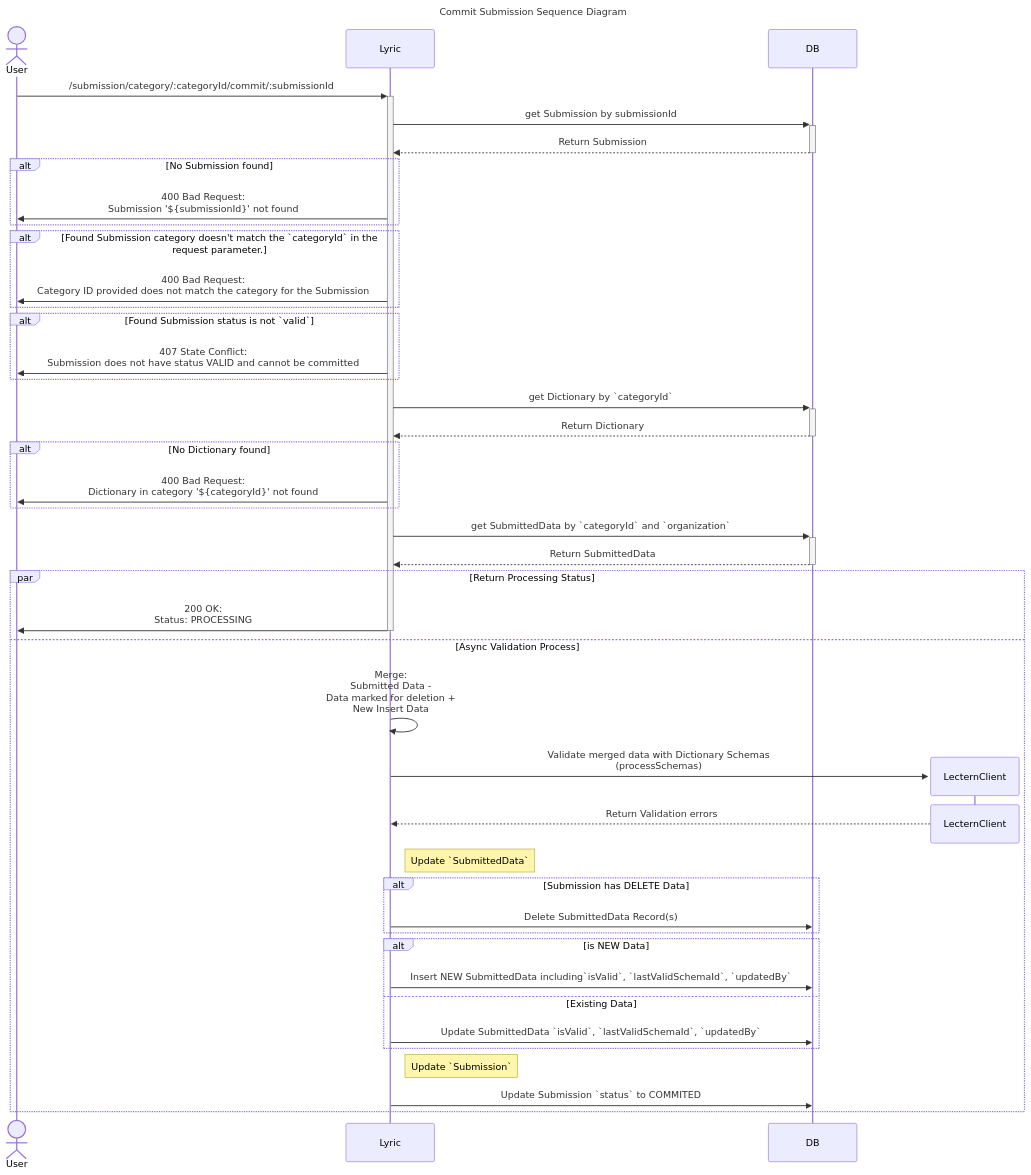
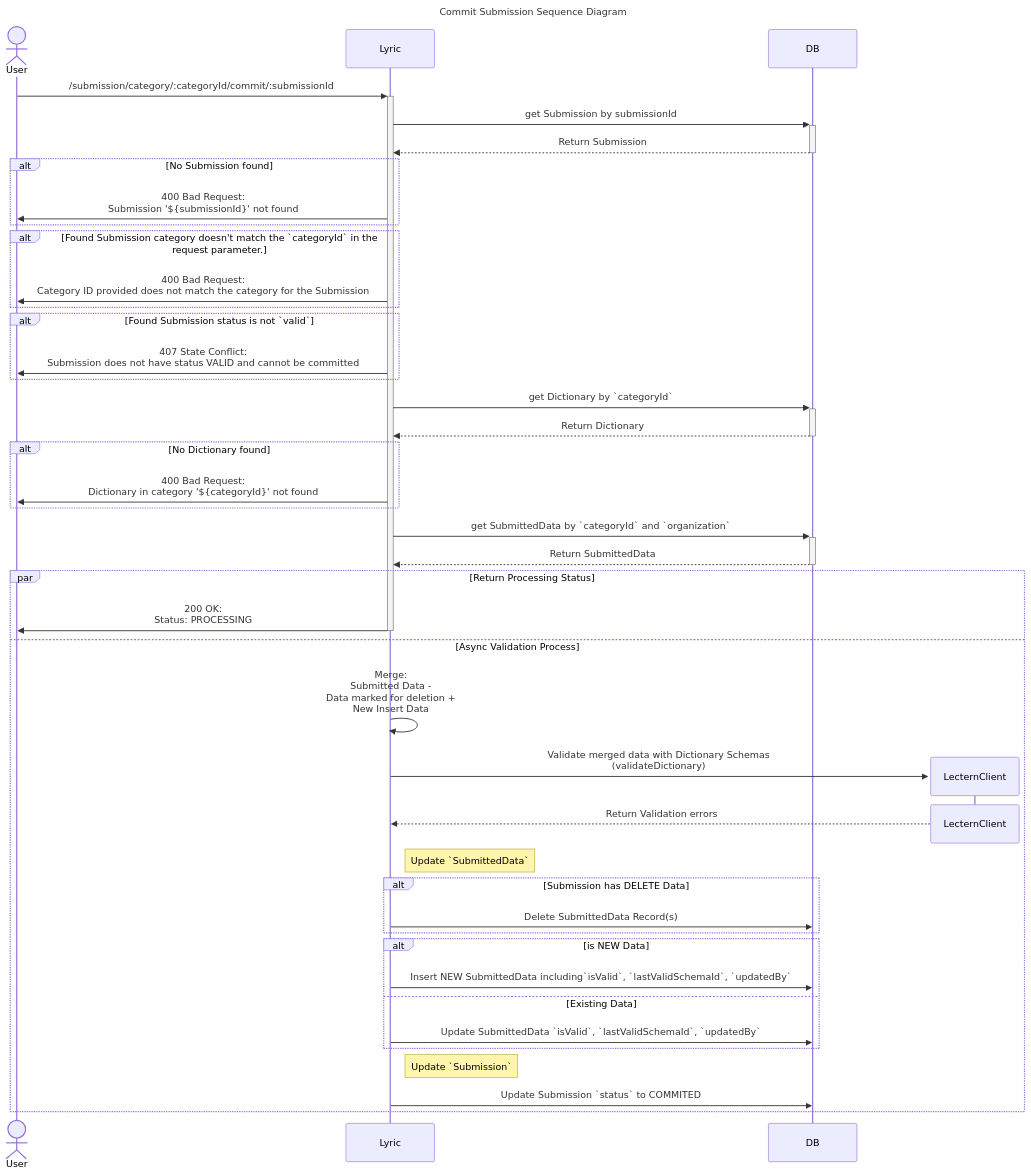
Before and after one commit to overture-stack/lyric: the diagram in packages/data-model/docs/submissionCommit.md, drawn with Mermaid. The commit also changed 23 other files, not shown here.

````diff
--- a/packages/data-model/docs/submissionCommit.md
+++ b/packages/data-model/docs/submissionCommit.md
@@ -1,65 +1,65 @@
 ```mermaid
 ---
 title: Commit Submission Sequence Diagram
 ---
 sequenceDiagram
     actor User
 
     User->>+Lyric: /submission/category/:categoryId/commit/:submissionId
     Lyric->>+DB: get Submission by submissionId
     DB-->>-Lyric: Return Submission
 
     alt No Submission found
         Lyric->>User: 400 Bad Request:<br />Submission '${submissionId}' not found
     end
 
     alt Found Submission category doesn't match the `categoryId` in the request parameter.
         Lyric->>User: 400 Bad Request:<br />Category ID provided does not match the category for the Submission
     end
 
     alt Found Submission status is not `valid`
         Lyric->>User: 407 State Conflict:<br />Submission does not have status VALID and cannot be committed
     end
 
     Lyric->>+DB: get Dictionary by `categoryId`
     DB-->>-Lyric: Return Dictionary
 
     alt No Dictionary found
         Lyric->>User: 400 Bad Request:<br />Dictionary in category '${categoryId}' not found
     end
 
     Lyric->>+DB: get SubmittedData by `categoryId` and `organization`
     DB-->>-Lyric: Return SubmittedData
 
     par Return Processing Status
 
         Lyric->>-User: 200 OK:<br />Status: PROCESSING
 
     and Async Validation Process
         
         Lyric->>Lyric: Merge:<br />Submitted Data -<br />Data marked for deletion +<br />New Insert Data
 
         create participant LecternClient
 
-        Lyric->>LecternClient: Validate merged data with Dictionary Schemas <br />(processSchemas)
+        Lyric->>LecternClient: Validate merged data with Dictionary Schemas <br />(validateDictionary)
         destroy LecternClient
         LecternClient-->>Lyric: Return Validation errors
 
         note right of Lyric: Update `SubmittedData`
 
         alt Submission has DELETE Data
             Lyric->>DB: Delete SubmittedData Record(s)
         end
 
         alt is NEW Data
             Lyric->>DB: Insert NEW SubmittedData including`isValid`, `lastValidSchemaId`, `updatedBy`
         else Existing Data
             Lyric->>DB: Update SubmittedData `isValid`, `lastValidSchemaId`, `updatedBy`
         end
 
         note right of Lyric: Update `Submission`
 
          Lyric->>DB: Update Submission `status` to COMMITED
     end
 
 ```
````
